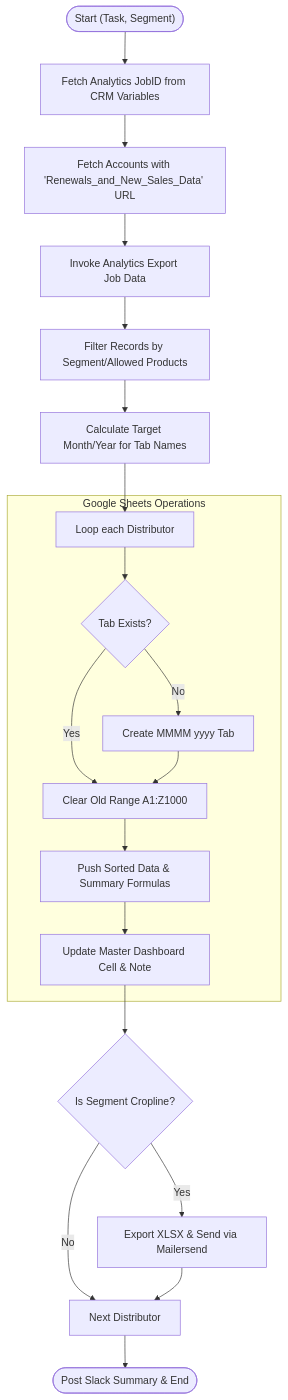
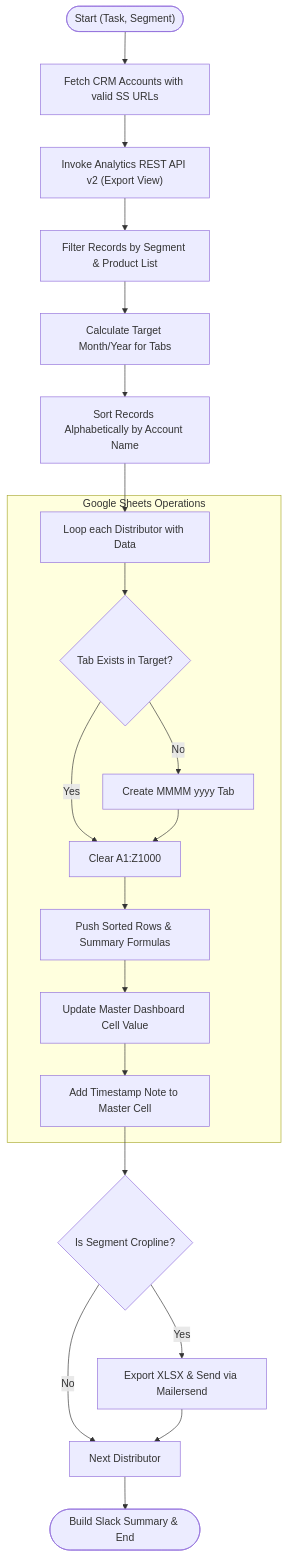
Before and after one commit to martinkp93/zoho-scripts: the diagram in Revenue and Finance/Data Exports/Invoicing/Invoicing Exports Handler/delugeRenewalsAndNewSalesExportHandler.md, drawn with Mermaid. The commit also changed other lines of this file, not shown here.

Commit message:
Update delugeRenewalsAndNewSalesExportHandler.md docs via DeluluDocu

````diff
--- a/Revenue and Finance/Data Exports/Invoicing/Invoicing Exports Handler/delugeRenewalsAndNewSalesExportHandler.md
+++ b/Revenue and Finance/Data Exports/Invoicing/Invoicing Exports Handler/delugeRenewalsAndNewSalesExportHandler.md
@@ -40,25 +40,26 @@
 ```mermaid
 graph TD
-    Start(["Start (Task, Segment)"]) --> FetchVars["Fetch Analytics JobID from CRM Variables"]
-    FetchVars --> FetchCRM["Fetch Accounts with 'Renewals_and_New_Sales_Data' URL"]
-    FetchCRM --> AnalyticsExport["Invoke Analytics Export Job Data"]
-    AnalyticsExport --> FilterData["Filter Records by Segment/Allowed Products"]
-    FilterData --> DateCalc["Calculate Target Month/Year for Tab Names"]
-    DateCalc --> LoopDist["Loop each Distributor"]
+    Start(["Start (Task, Segment)"]) --> FetchCRM["Fetch CRM Accounts with valid SS URLs"]
+    FetchCRM --> AnalyticsExport["Invoke Analytics REST API v2 (Export View)"]
+    AnalyticsExport --> FilterData["Filter Records by Segment & Product List"]
+    FilterData --> DateCalc["Calculate Target Month/Year for Tabs"]
+    DateCalc --> SortData["Sort Records Alphabetically by Account Name"]
+    SortData --> LoopDist["Loop each Distributor with Data"]
     
     subgraph GoogleUpdate ["Google Sheets Operations"]
-        LoopDist --> TabCheck{"Tab Exists?"}
+        LoopDist --> TabCheck{"Tab Exists in Target?"}
         TabCheck -- "No" --> CreateTab["Create MMMM yyyy Tab"]
-        TabCheck -- "Yes" --> ClearData["Clear Old Range A1:Z1000"]
+        TabCheck -- "Yes" --> ClearData["Clear A1:Z1000"]
         CreateTab --> ClearData
-        ClearData --> PushData["Push Sorted Data & Summary Formulas"]
-        PushData --> MasterDash["Update Master Dashboard Cell & Note"]
+        ClearData --> PushData["Push Sorted Rows & Summary Formulas"]
+        PushData --> MasterDash["Update Master Dashboard Cell Value"]
+        MasterDash --> CellNote["Add Timestamp Note to Master Cell"]
     end
     
-    MasterDash --> IsCropline{"Is Segment Cropline?"}
+    CellNote --> IsCropline{"Is Segment Cropline?"}
     IsCropline -- "Yes" --> Email["Export XLSX & Send via Mailersend"]
     IsCropline -- "No" --> NextDist["Next Distributor"]
     Email --> NextDist
     
-    NextDist --> End(["Post Slack Summary & End"])
+    NextDist --> End(["Build Slack Summary & End"])
 ```
````
